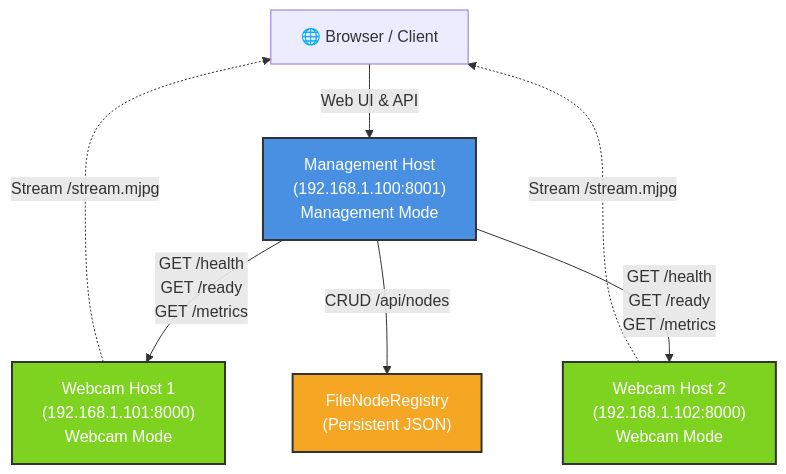
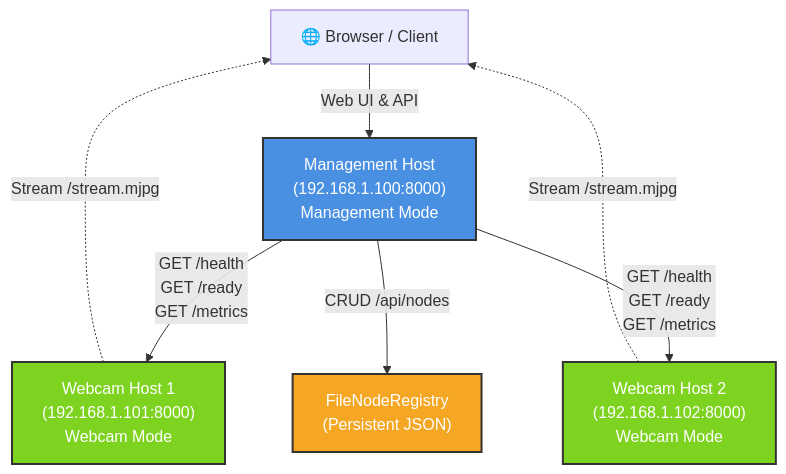
The diagram in DEPLOYMENT.md (CyanAutomation/motioninocean), drawn with Mermaid before and after one commit. The commit also changed other lines of this file and 5 other files, not shown here.

````diff
--- a/DEPLOYMENT.md
+++ b/DEPLOYMENT.md
@@ -25,20 +25,20 @@
 ```mermaid
 graph TD
     Browser["🌐 Browser / Client"]
-    Management["Management Host<br/>(192.168.1.100:8001)<br/>Management Mode"]
+    Management["Management Host<br/>(192.168.1.100:8000)<br/>Management Mode"]
     WebcamOne["Webcam Host 1<br/>(192.168.1.101:8000)<br/>Webcam Mode"]
     WebcamTwo["Webcam Host 2<br/>(192.168.1.102:8000)<br/>Webcam Mode"]
     FileRegistry["FileNodeRegistry<br/>(Persistent JSON)"]
 
     Browser -->|Web UI & API| Management
     Management -->|GET /health<br/>GET /ready<br/>GET /metrics| WebcamOne
     Management -->|GET /health<br/>GET /ready<br/>GET /metrics| WebcamTwo
     Management -->|CRUD /api/nodes| FileRegistry
     WebcamOne -.->|Stream /stream.mjpg| Browser
     WebcamTwo -.->|Stream /stream.mjpg| Browser
     
     style Management fill:#4A90E2,stroke:#333,stroke-width:2px,color:#fff
     style WebcamOne fill:#7ED321,stroke:#333,stroke-width:2px,color:#fff
     style WebcamTwo fill:#7ED321,stroke:#333,stroke-width:2px,color:#fff
     style FileRegistry fill:#F5A623,stroke:#333,stroke-width:2px,color:#fff
 ```
````
